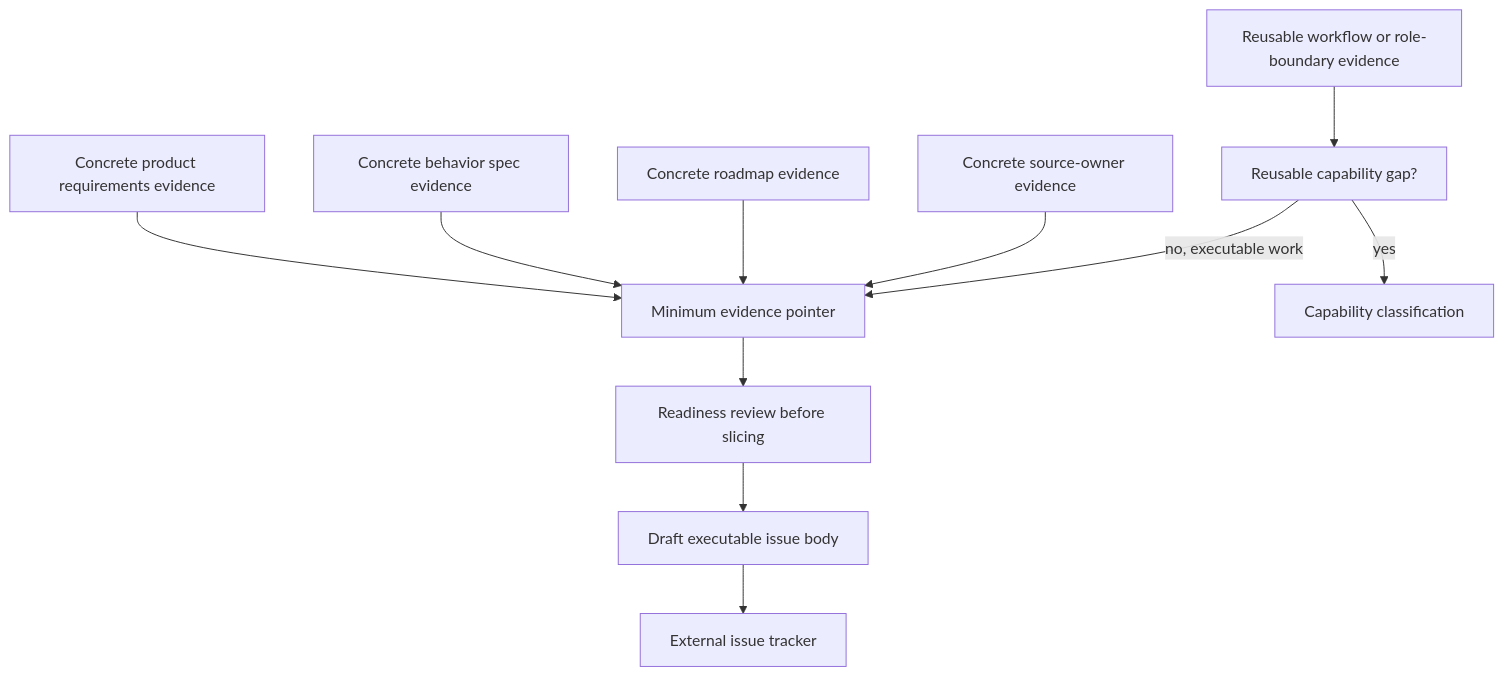
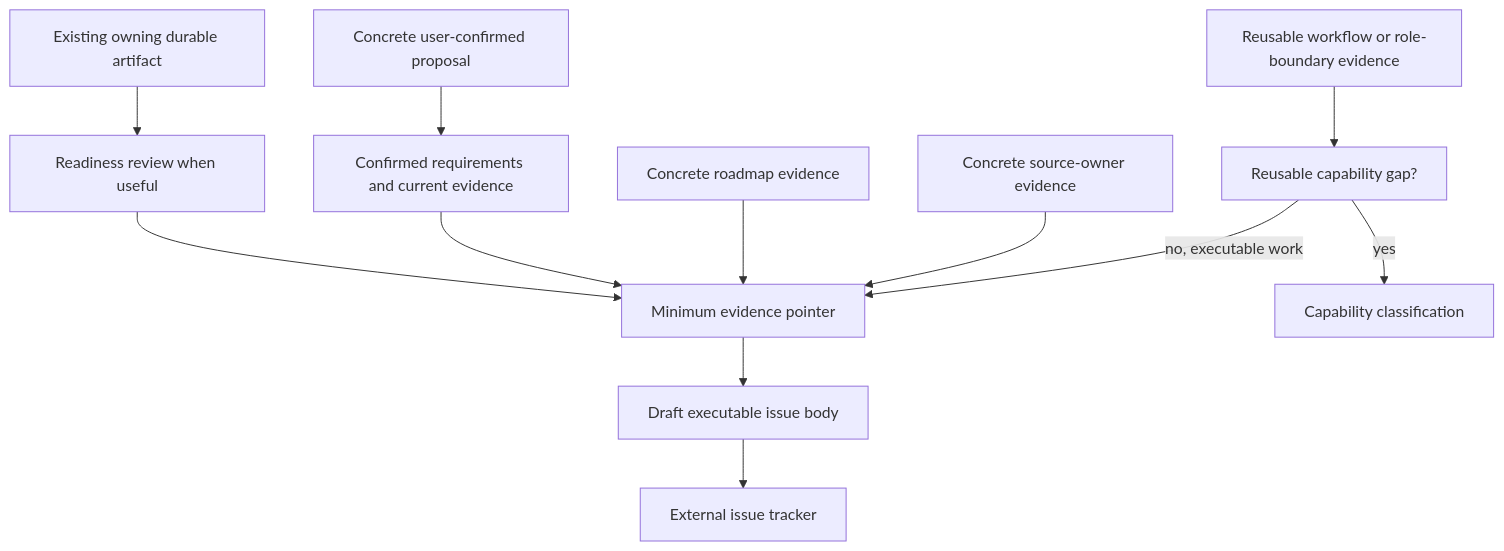
Before and after one commit to ryumiel/devcanon: the fourth of 12 diagrams in docs/guidelines/portable-afds-user-procedure-map.md, drawn with Mermaid. The commit also changed other lines of this file and 5 other files, not shown here.

First line of the commit message:
docs(skills): support proposal-origin issue drafts

````diff
--- a/docs/guidelines/portable-afds-user-procedure-map.md
+++ b/docs/guidelines/portable-afds-user-procedure-map.md
@@ -118,13 +118,14 @@
 ```mermaid
 flowchart TD
-  prd["Concrete product requirements evidence"] --> pointer["Minimum evidence pointer"]
-  spec["Concrete behavior spec evidence"] --> pointer
+  existing["Existing owning durable artifact"] --> readiness["Readiness review when useful"]
+  readiness --> pointer["Minimum evidence pointer"]
+  proposal["Concrete user-confirmed proposal"] --> proposalCheck["Confirmed requirements and current evidence"]
+  proposalCheck --> pointer
   roadmap["Concrete roadmap evidence"] --> pointer
   source["Concrete source-owner evidence"] --> pointer
   guideline["Reusable workflow or role-boundary evidence"] --> reusable["Reusable capability gap?"]
   reusable -->|yes| classify["Capability classification"]
   reusable -->|no, executable work| pointer
-  pointer --> readiness["Readiness review before slicing"]
-  readiness --> slice["Draft executable issue body"]
+  pointer --> slice["Draft executable issue body"]
   slice --> tracker["External issue tracker"]
 ```
````
